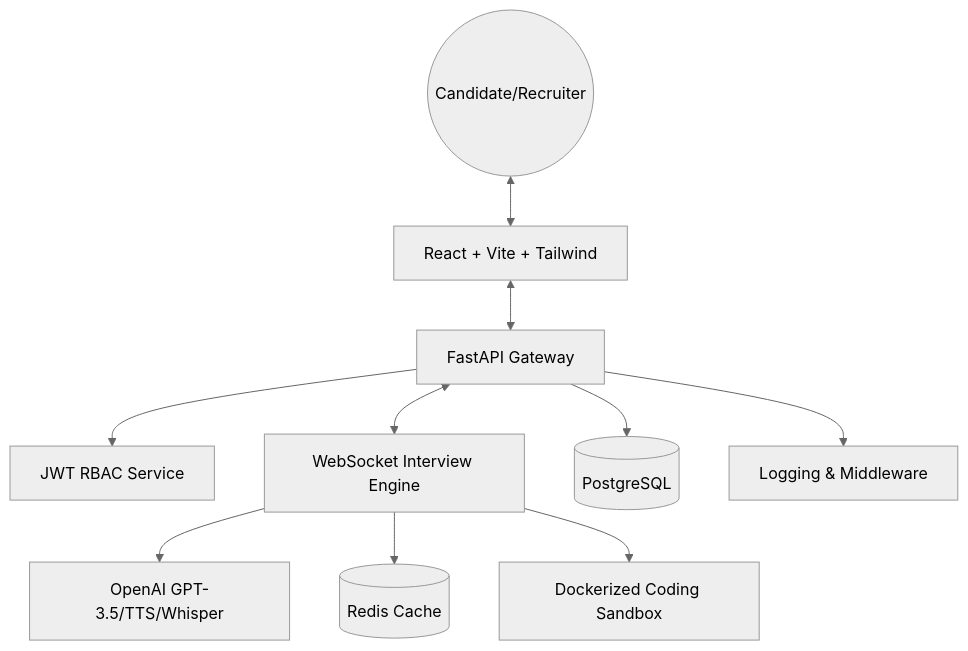
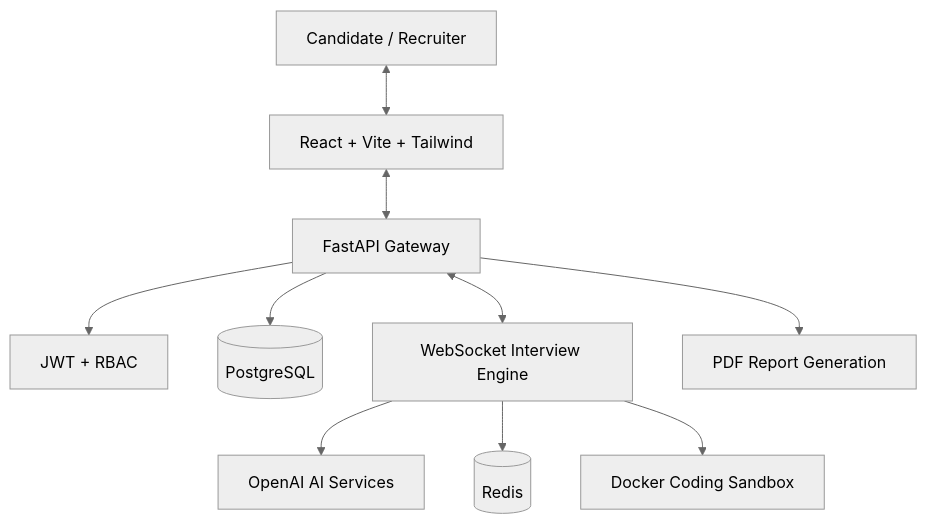
Before and after one commit to salavathhari/ai-interview: the diagram in README.md, drawn with Mermaid (neutral theme). The commit also changed other lines of this file, not shown here.

Commit message:
docs: rewrite AI interview README for professional presentation

````diff
--- a/README.md
+++ b/README.md
@@ -9,23 +25,12 @@
 ```mermaid
 graph TD
-    User((Candidate/Recruiter))
-    Frontend[React + Vite + Tailwind]
-    Gateway[FastAPI Gateway]
-    Auth[JWT RBAC Service]
-    InterviewEngine[WebSocket Interview Engine]
-    Sandbox[Dockerized Coding Sandbox]
-    AIService[OpenAI GPT-3.5/TTS/Whisper]
-    Cache[(Redis Cache)]
-    DB[(PostgreSQL)]
-    Monitor[Logging & Middleware]
-
-    User <--> Frontend
-    Frontend <--> Gateway
-    Gateway --> Auth
-    Gateway <--> InterviewEngine
-    InterviewEngine --> AIService
-    InterviewEngine --> Cache
-    InterviewEngine --> Sandbox
-    Gateway --> DB
-    Gateway --> Monitor
+    Candidate[Candidate / Recruiter] <--> Frontend[React + Vite + Tailwind]
+    Frontend <--> API[FastAPI Gateway]
+    API --> Auth[JWT + RBAC]
+    API --> DB[(PostgreSQL)]
+    API <--> WS[WebSocket Interview Engine]
+    WS --> AI[OpenAI AI Services]
+    WS --> Redis[(Redis)]
+    WS --> Sandbox[Docker Coding Sandbox]
+    API --> Reports[PDF Report Generation]
 ```
````
